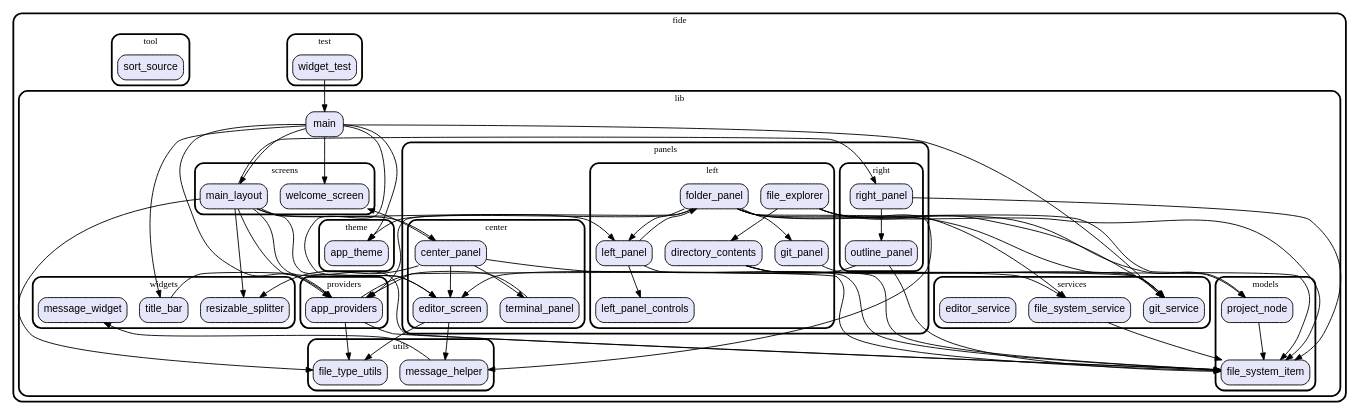
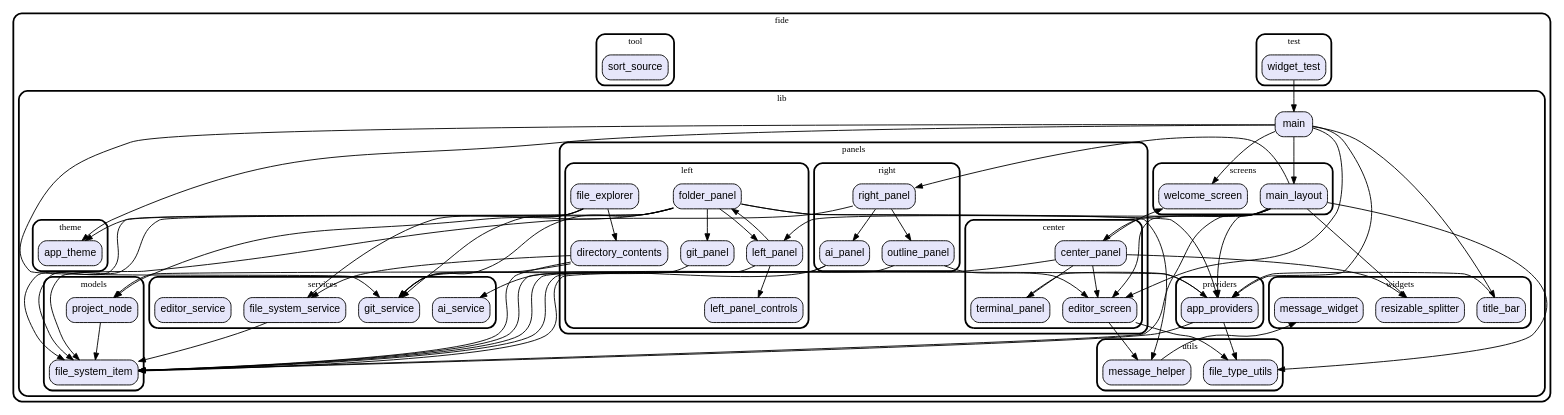
Before and after one commit to vteam-com/FIDE: the diagram in graph.dot, drawn with Graphviz. The commit also changed 8 other files, not shown here.

```diff
--- a/graph.dot
+++ b/graph.dot
@@ -1,160 +1,167 @@
 digraph "" {
   graph [style=rounded fontname="Arial Black" fontsize=13 penwidth=2.6];
   node [shape=rect style="filled,rounded" fontname=Arial fontsize=15 fillcolor=Lavender penwidth=1.3];
   edge [penwidth=1.3];
   "/test/widget_test.dart" [label="widget_test"];
   "/lib/providers/app_providers.dart" [label="app_providers"];
   "/lib/panels/right/outline_panel.dart" [label="outline_panel"];
+  "/lib/panels/right/ai_panel.dart" [label="ai_panel"];
   "/lib/panels/right/right_panel.dart" [label="right_panel"];
   "/lib/panels/center/editor_screen.dart" [label="editor_screen"];
   "/lib/panels/center/terminal_panel.dart" [label="terminal_panel"];
   "/lib/panels/center/center_panel.dart" [label="center_panel"];
   "/lib/panels/left/git_panel.dart" [label="git_panel"];
   "/lib/panels/left/left_panel_controls.dart" [label="left_panel_controls"];
   "/lib/panels/left/directory_contents.dart" [label="directory_contents"];
   "/lib/panels/left/folder_panel.dart" [label="folder_panel"];
   "/lib/panels/left/file_explorer.dart" [label="file_explorer"];
   "/lib/panels/left/left_panel.dart" [label="left_panel"];
   "/lib/utils/message_helper.dart" [label="message_helper"];
   "/lib/utils/file_type_utils.dart" [label="file_type_utils"];
   "/lib/models/project_node.dart" [label="project_node"];
   "/lib/models/file_system_item.dart" [label="file_system_item"];
   "/lib/screens/main_layout.dart" [label="main_layout"];
   "/lib/screens/welcome_screen.dart" [label="welcome_screen"];
   "/lib/main.dart" [label="main"];
   "/lib/theme/app_theme.dart" [label="app_theme"];
   "/lib/services/git_service.dart" [label="git_service"];
+  "/lib/services/ai_service.dart" [label="ai_service"];
   "/lib/services/file_system_service.dart" [label="file_system_service"];
   "/lib/services/editor_service.dart" [label="editor_service"];
   "/lib/widgets/resizable_splitter.dart" [label="resizable_splitter"];
   "/lib/widgets/title_bar.dart" [label="title_bar"];
   "/lib/widgets/message_widget.dart" [label="message_widget"];
   "/tool/sort_source.dart" [label="sort_source"];
   subgraph "cluster~" {
     label="fide";
     subgraph "cluster~/test" {
       label="test";
       "/test/widget_test.dart";
     }
     subgraph "cluster~/lib" {
       label="lib";
       "/lib/main.dart";
       subgraph "cluster~/lib/providers" {
         label="providers";
         "/lib/providers/app_providers.dart";
       }
       subgraph "cluster~/lib/panels" {
         label="panels";
         subgraph "cluster~/lib/panels/right" {
           label="right";
           "/lib/panels/right/outline_panel.dart";
+          "/lib/panels/right/ai_panel.dart";
           "/lib/panels/right/right_panel.dart";
         }
         subgraph "cluster~/lib/panels/center" {
           label="center";
           "/lib/panels/center/editor_screen.dart";
           "/lib/panels/center/terminal_panel.dart";
           "/lib/panels/center/center_panel.dart";
         }
         subgraph "cluster~/lib/panels/left" {
           label="left";
           "/lib/panels/left/git_panel.dart";
           "/lib/panels/left/left_panel_controls.dart";
           "/lib/panels/left/directory_contents.dart";
           "/lib/panels/left/folder_panel.dart";
           "/lib/panels/left/file_explorer.dart";
           "/lib/panels/left/left_panel.dart";
         }
       }
       subgraph "cluster~/lib/utils" {
         label="utils";
         "/lib/utils/message_helper.dart";
         "/lib/utils/file_type_utils.dart";
       }
       subgraph "cluster~/lib/models" {
         label="models";
         "/lib/models/project_node.dart";
         "/lib/models/file_system_item.dart";
       }
       subgraph "cluster~/lib/screens" {
         label="screens";
         "/lib/screens/main_layout.dart";
         "/lib/screens/welcome_screen.dart";
       }
       subgraph "cluster~/lib/theme" {
         label="theme";
         "/lib/theme/app_theme.dart";
       }
       subgraph "cluster~/lib/services" {
         label="services";
         "/lib/services/git_service.dart";
+        "/lib/services/ai_service.dart";
         "/lib/services/file_system_service.dart";
         "/lib/services/editor_service.dart";
       }
       subgraph "cluster~/lib/widgets" {
         label="widgets";
         "/lib/widgets/resizable_splitter.dart";
         "/lib/widgets/title_bar.dart";
         "/lib/widgets/message_widget.dart";
       }
     }
     subgraph "cluster~/tool" {
       label="tool";
       "/tool/sort_source.dart";
     }
   }
   "/test/widget_test.dart" -> "/lib/main.dart";
   "/lib/providers/app_providers.dart" -> "/lib/models/file_system_item.dart";
   "/lib/providers/app_providers.dart" -> "/lib/models/project_node.dart";
   "/lib/providers/app_providers.dart" -> "/lib/utils/file_type_utils.dart";
   "/lib/panels/right/outline_panel.dart" -> "/lib/models/file_system_item.dart";
   "/lib/panels/right/outline_panel.dart" -> "/lib/panels/center/editor_screen.dart";
+  "/lib/panels/right/ai_panel.dart" -> "/lib/services/ai_service.dart";
+  "/lib/panels/right/ai_panel.dart" -> "/lib/models/file_system_item.dart";
   "/lib/panels/right/right_panel.dart" -> "/lib/panels/right/outline_panel.dart";
+  "/lib/panels/right/right_panel.dart" -> "/lib/panels/right/ai_panel.dart";
   "/lib/panels/right/right_panel.dart" -> "/lib/models/file_system_item.dart";
   "/lib/panels/center/editor_screen.dart" -> "/lib/utils/message_helper.dart";
   "/lib/panels/center/editor_screen.dart" -> "/lib/utils/file_type_utils.dart";
   "/lib/panels/center/terminal_panel.dart" -> "/lib/providers/app_providers.dart";
   "/lib/panels/center/center_panel.dart" -> "/lib/screens/welcome_screen.dart";
   "/lib/panels/center/center_panel.dart" -> "/lib/panels/center/editor_screen.dart";
   "/lib/panels/center/center_panel.dart" -> "/lib/panels/center/terminal_panel.dart";
   "/lib/panels/center/center_panel.dart" -> "/lib/widgets/resizable_splitter.dart";
   "/lib/panels/center/center_panel.dart" -> "/lib/models/file_system_item.dart";
   "/lib/panels/left/git_panel.dart" -> "/lib/services/git_service.dart";
   "/lib/panels/left/directory_contents.dart" -> "/lib/services/file_system_service.dart";
   "/lib/panels/left/directory_contents.dart" -> "/lib/services/git_service.dart";
   "/lib/panels/left/directory_contents.dart" -> "/lib/models/file_system_item.dart";
   "/lib/panels/left/folder_panel.dart" -> "/lib/models/project_node.dart";
   "/lib/panels/left/folder_panel.dart" -> "/lib/models/file_system_item.dart";
   "/lib/panels/left/folder_panel.dart" -> "/lib/services/git_service.dart";
   "/lib/panels/left/folder_panel.dart" -> "/lib/utils/message_helper.dart";
   "/lib/panels/left/folder_panel.dart" -> "/lib/panels/left/git_panel.dart";
   "/lib/panels/left/folder_panel.dart" -> "/lib/theme/app_theme.dart";
   "/lib/panels/left/folder_panel.dart" -> "/lib/panels/left/left_panel.dart";
   "/lib/panels/left/folder_panel.dart" -> "/lib/providers/app_providers.dart";
   "/lib/panels/left/file_explorer.dart" -> "/lib/services/file_system_service.dart";
   "/lib/panels/left/file_explorer.dart" -> "/lib/services/git_service.dart";
   "/lib/panels/left/file_explorer.dart" -> "/lib/models/file_system_item.dart";
   "/lib/panels/left/file_explorer.dart" -> "/lib/panels/left/directory_contents.dart";
   "/lib/panels/left/left_panel.dart" -> "/lib/panels/left/folder_panel.dart";
   "/lib/panels/left/left_panel.dart" -> "/lib/panels/left/left_panel_controls.dart";
   "/lib/panels/left/left_panel.dart" -> "/lib/models/file_system_item.dart";
   "/lib/utils/message_helper.dart" -> "/lib/widgets/message_widget.dart";
   "/lib/models/project_node.dart" -> "/lib/models/file_system_item.dart";
   "/lib/screens/main_layout.dart" -> "/lib/panels/center/editor_screen.dart";
   "/lib/screens/main_layout.dart" -> "/lib/providers/app_providers.dart";
   "/lib/screens/main_layout.dart" -> "/lib/models/file_system_item.dart";
   "/lib/screens/main_layout.dart" -> "/lib/utils/file_type_utils.dart";
   "/lib/screens/main_layout.dart" -> "/lib/widgets/resizable_splitter.dart";
   "/lib/screens/main_layout.dart" -> "/lib/panels/left/left_panel.dart";
   "/lib/screens/main_layout.dart" -> "/lib/panels/center/center_panel.dart";
   "/lib/screens/main_layout.dart" -> "/lib/panels/right/right_panel.dart";
   "/lib/main.dart" -> "/lib/providers/app_providers.dart";
   "/lib/main.dart" -> "/lib/screens/main_layout.dart";
   "/lib/main.dart" -> "/lib/widgets/title_bar.dart";
   "/lib/main.dart" -> "/lib/panels/center/editor_screen.dart";
   "/lib/main.dart" -> "/lib/screens/welcome_screen.dart";
   "/lib/main.dart" -> "/lib/services/git_service.dart";
   "/lib/main.dart" -> "/lib/theme/app_theme.dart";
   "/lib/services/file_system_service.dart" -> "/lib/models/file_system_item.dart";
   "/lib/widgets/title_bar.dart" -> "/lib/providers/app_providers.dart";
 }
```
